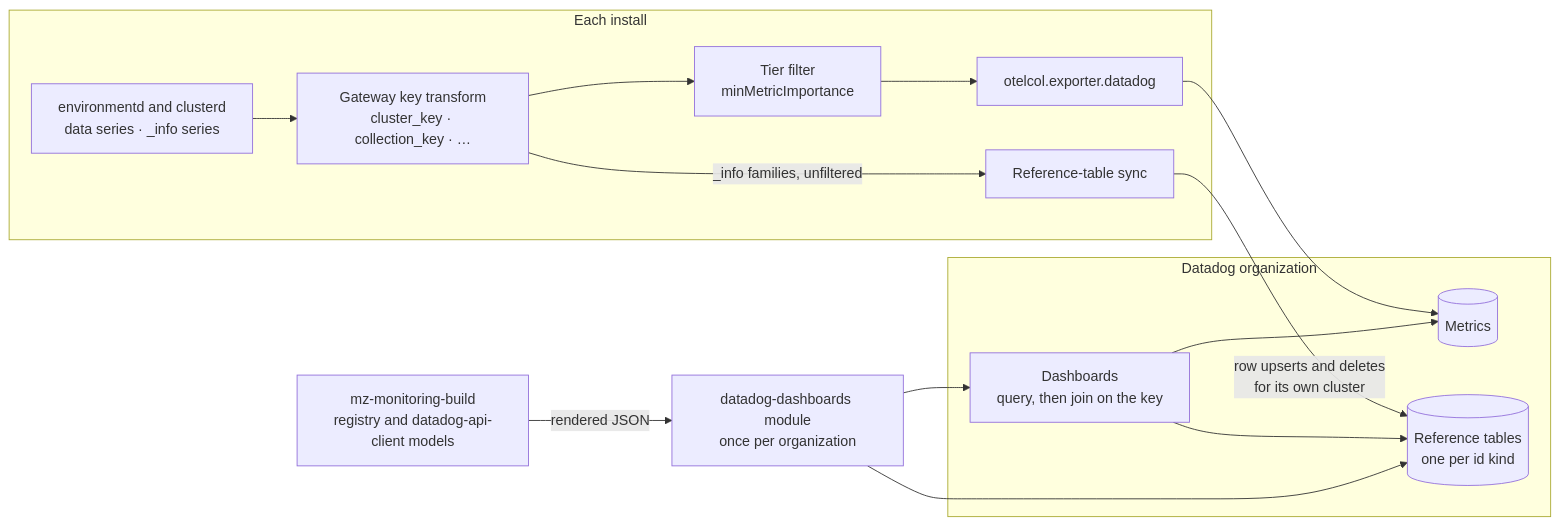
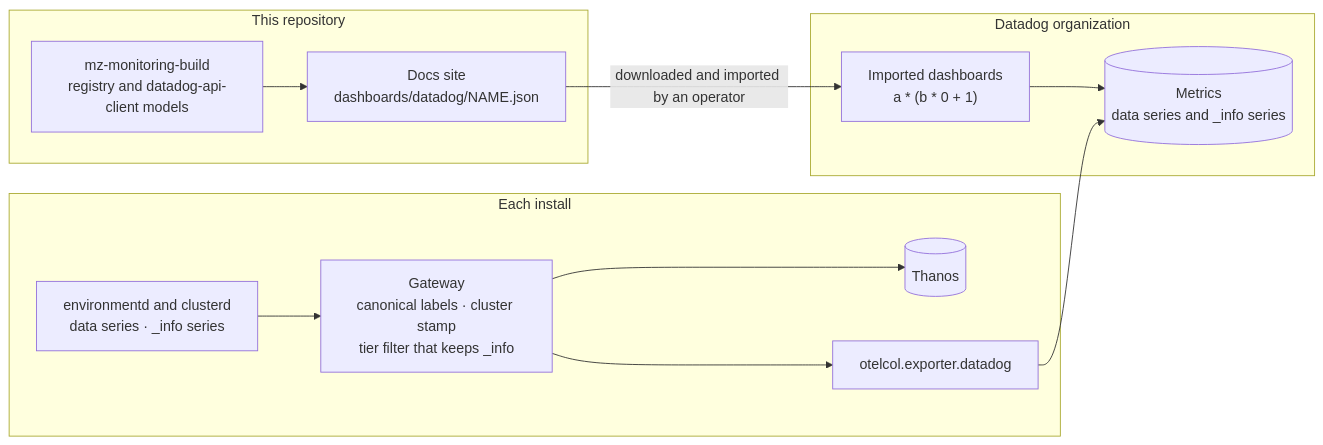
The diagram in preview/claude-datadog-sdk-dashboards-468aef/reference/development/design-docs/20261020-datadog-dashboards/index.md (MaterializeInc/materialize-monitoring), drawn with Mermaid before and after one commit. The commit also changed other lines of this file and 119 other files, not shown here.

Commit message:
Deploy e7bc55826996c3f7a6a0bc561d255d22172f5dca -> preview/claude-datadog-sdk-dashboards-468aef

````diff
--- a/preview/claude-datadog-sdk-dashboards-468aef/reference/development/design-docs/20261020-datadog-dashboards/index.md
+++ b/preview/claude-datadog-sdk-dashboards-468aef/reference/development/design-docs/20261020-datadog-dashboards/index.md
@@ -128,28 +131,27 @@
 ```mermaid
 flowchart LR
+  subgraph repo["This repository"]
+    build["mz-monitoring-build<br/>registry and datadog-api-client models"]
+    docs["Docs site<br/>dashboards/datadog/NAME.json"]
+    build --> docs
+  end
+
   subgraph install["Each install"]
     ed["environmentd and clusterd<br/>data series · _info series"]
-    keys["Gateway key transform<br/>cluster_key · collection_key · …"]
-    tier["Tier filter<br/>minMetricImportance"]
+    gw["Gateway<br/>canonical labels · cluster stamp<br/>tier filter that keeps _info"]
+    thanos[("Thanos")]
     exp["otelcol.exporter.datadog"]
-    sync["Reference-table sync"]
-    ed --> keys
-    keys --> tier --> exp
-    keys -->|"_info families, unfiltered"| sync
+    ed --> gw
+    gw --> thanos
+    gw --> exp
   end
 
   subgraph org["Datadog organization"]
-    metrics[("Metrics")]
-    tables[("Reference tables<br/>one per id kind")]
-    dash["Dashboards<br/>query, then join on the key"]
+    metrics[("Metrics<br/>data series and _info series")]
+    dash["Imported dashboards<br/>a * (b * 0 + 1)"]
+    dash --> metrics
   end
 
   exp --> metrics
-  sync -->|"row upserts and deletes<br/>for its own cluster"| tables
-  dash --> metrics
-  dash --> tables
-
-  tf["datadog-dashboards module<br/>once per organization"] --> tables
-  tf --> dash
-  build["mz-monitoring-build<br/>registry and datadog-api-client models"] -->|"rendered JSON"| tf
+  docs -->|"downloaded and imported by an operator"| dash
 ```
````
